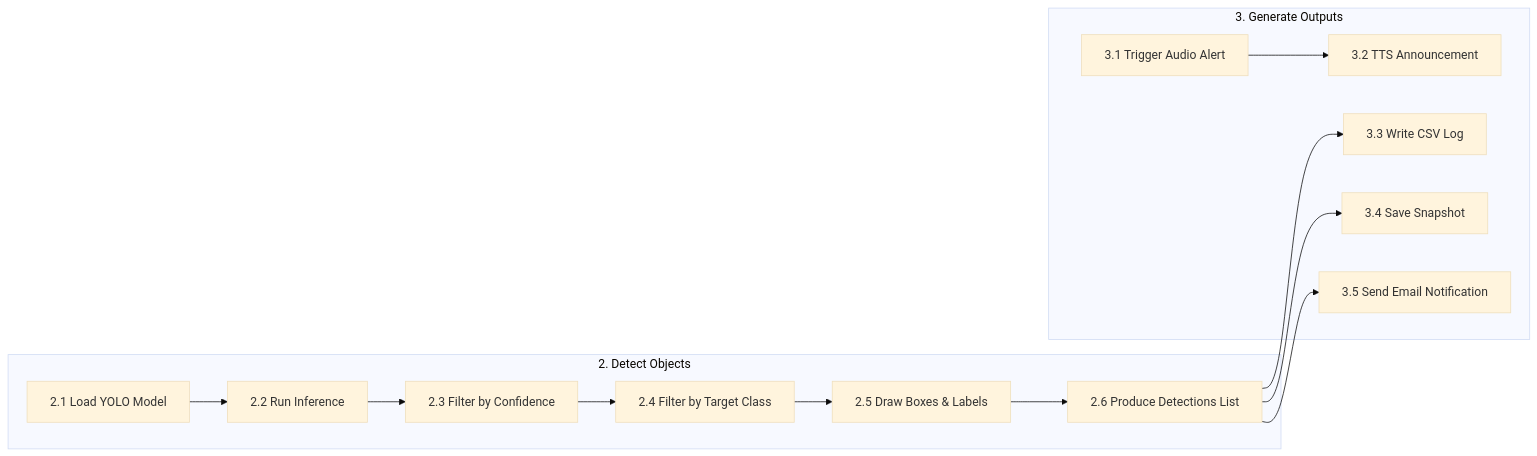
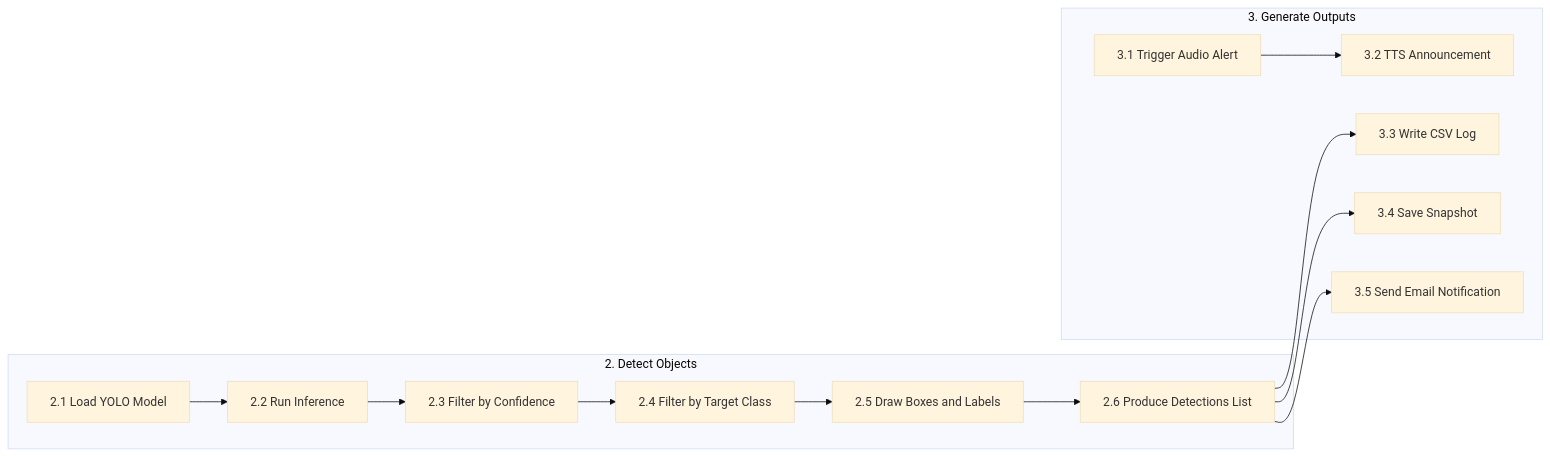
One commit to Tamilselvan-S-Cyber-Security/Example.in changed the fourth of 8 diagrams in README.md. Above: the diagram before and after it, drawn with Mermaid (base theme). The commit also changed other lines of this file, not shown here.

````diff
--- a/README.md
+++ b/README.md
@@ -534,17 +534,17 @@
 ```mermaid
-flowchart LR
-  subgraph P2[2. Detect Objects]
-    A[2.1 Load YOLO Model] --> B[2.2 Run Inference]
-    B --> C[2.3 Filter by Confidence]
-    C --> D[2.4 Filter by Target Class]
-    D --> E[2.5 Draw Boxes & Labels]
-    E --> F[2.6 Produce Detections List]
+graph LR
+  subgraph P2["2. Detect Objects"]
+    A["2.1 Load YOLO Model"] --> B["2.2 Run Inference"]
+    B --> C["2.3 Filter by Confidence"]
+    C --> D["2.4 Filter by Target Class"]
+    D --> E["2.5 Draw Boxes and Labels"]
+    E --> F["2.6 Produce Detections List"]
   end
-
-  subgraph P3[3. Generate Outputs]
-    G[3.1 Trigger Audio Alert] --> H[3.2 TTS Announcement]
-    F --> I[3.3 Write CSV Log]
-    F --> J[3.4 Save Snapshot]
-    F --> K[3.5 Send Email Notification]
+ 
+  subgraph P3["3. Generate Outputs"]
+    G["3.1 Trigger Audio Alert"] --> H["3.2 TTS Announcement"]
+    F --> I["3.3 Write CSV Log"]
+    F --> J["3.4 Save Snapshot"]
+    F --> K["3.5 Send Email Notification"]
   end
 ```
````
